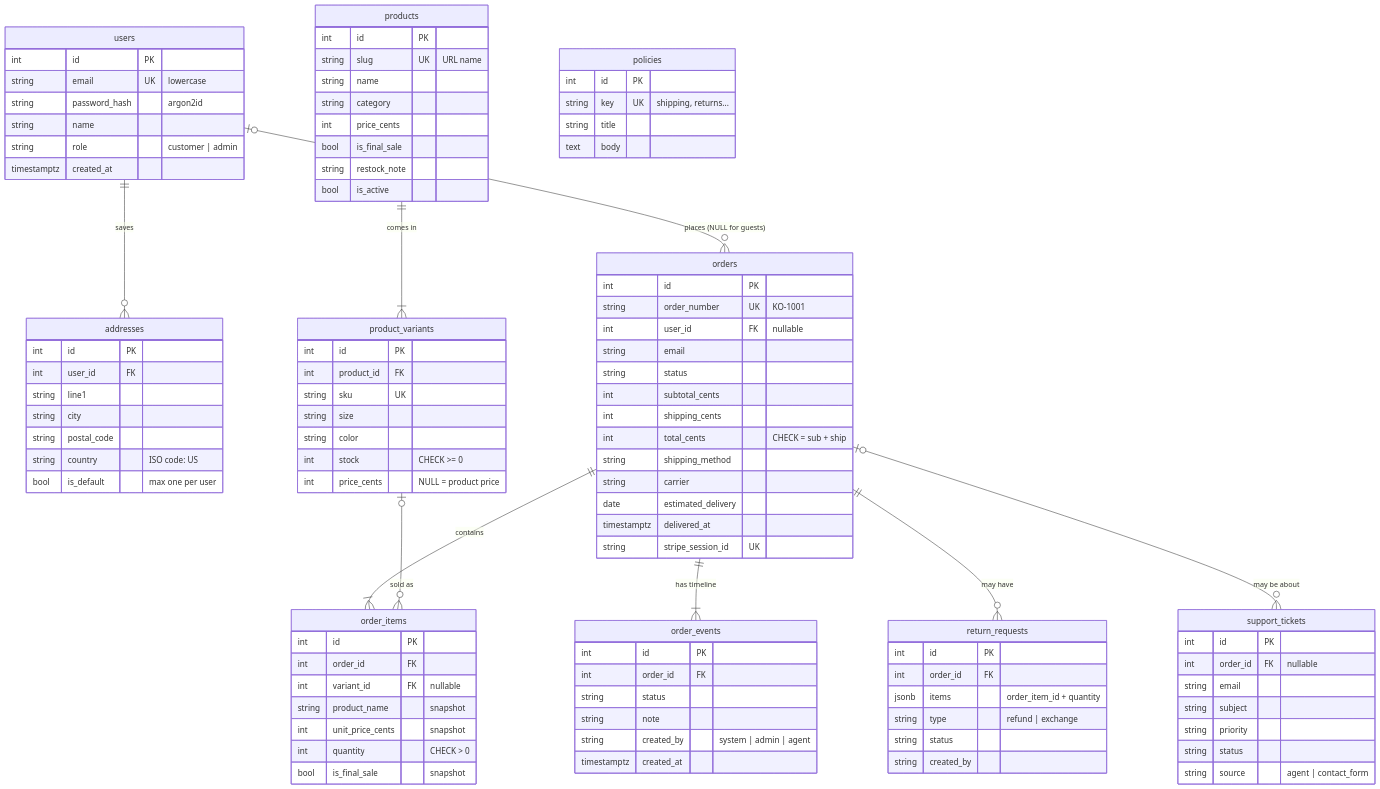
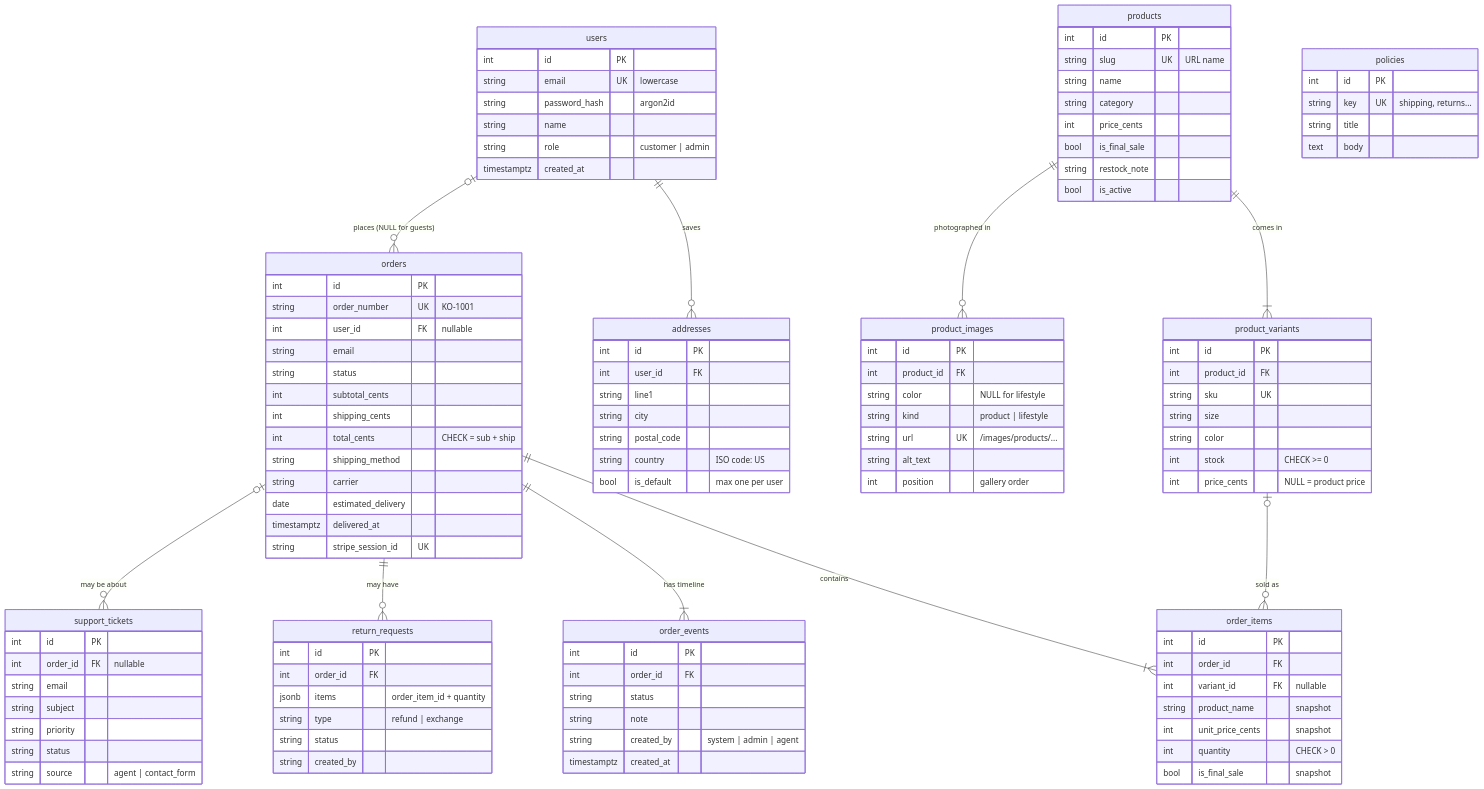
Before and after one commit to abdullahrasheed102/kora-store: the first of 2 diagrams in docs/guide/01-database.md, drawn with Mermaid. The commit also changed 150 other files, not shown here.

```diff
--- a/docs/guide/01-database.md
+++ b/docs/guide/01-database.md
@@ -56,6 +56,7 @@
     users ||--o{ addresses : "saves"
     users |o--o{ orders : "places (NULL for guests)"
     products ||--|{ product_variants : "comes in"
+    products ||--o{ product_images : "photographed in"
     orders ||--|{ order_items : "contains"
     product_variants |o--o{ order_items : "sold as"
     orders ||--|{ order_events : "has timeline"
@@ -88,6 +89,15 @@
         bool is_final_sale
         string restock_note
         bool is_active
+    }
+    product_images {
+        int id PK
+        int product_id FK
+        string color "NULL for lifestyle"
+        string kind "product | lifestyle"
+        string url UK "/images/products/..."
+        string alt_text
+        int position "gallery order"
     }
     product_variants {
         int id PK
```
